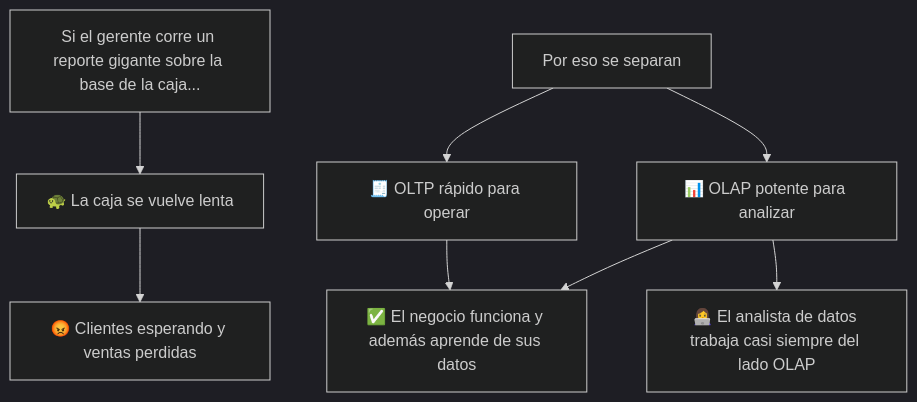
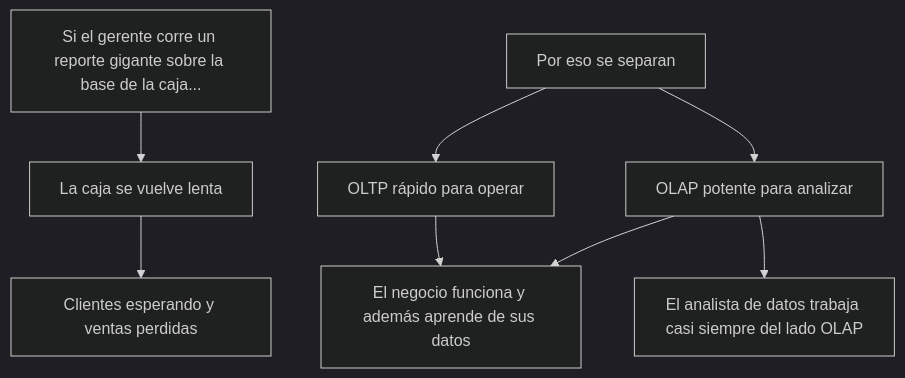
One commit to leanaraque/data_analytics_2026 changed the fifth of 18 diagrams in documentacion/Semana-02-Esquemas-Conceptos.md. Above: the diagram before and after it, drawn with Mermaid (dark theme). The commit also changed other lines of this file and 109 other files, not shown here.

````diff
--- a/documentacion/Semana-02-Esquemas-Conceptos.md
+++ b/documentacion/Semana-02-Esquemas-Conceptos.md
@@ -98,13 +98,13 @@
 ```mermaid
 flowchart TB
-    A["Si el gerente corre un reporte gigante sobre la base de la caja..."] --> B["🐢 La caja se vuelve lenta"]
-    B --> C["😡 Clientes esperando y ventas perdidas"]
+    A["Si el gerente corre un reporte gigante sobre la base de la caja..."] --> B["La caja se vuelve lenta"]
+    B --> C["Clientes esperando y ventas perdidas"]
 
-    D["Por eso se separan"] --> E["🧾 OLTP rápido para operar"]
-    D --> F["📊 OLAP potente para analizar"]
-    E --> G["✅ El negocio funciona y además aprende de sus datos"]
+    D["Por eso se separan"] --> E["OLTP rápido para operar"]
+    D --> F["OLAP potente para analizar"]
+    E --> G["El negocio funciona y además aprende de sus datos"]
     F --> G
 
-    H["👩‍💻 El analista de datos trabaja casi siempre del lado OLAP"]
+    H["‍El analista de datos trabaja casi siempre del lado OLAP"]
     F --> H
 ```
````
